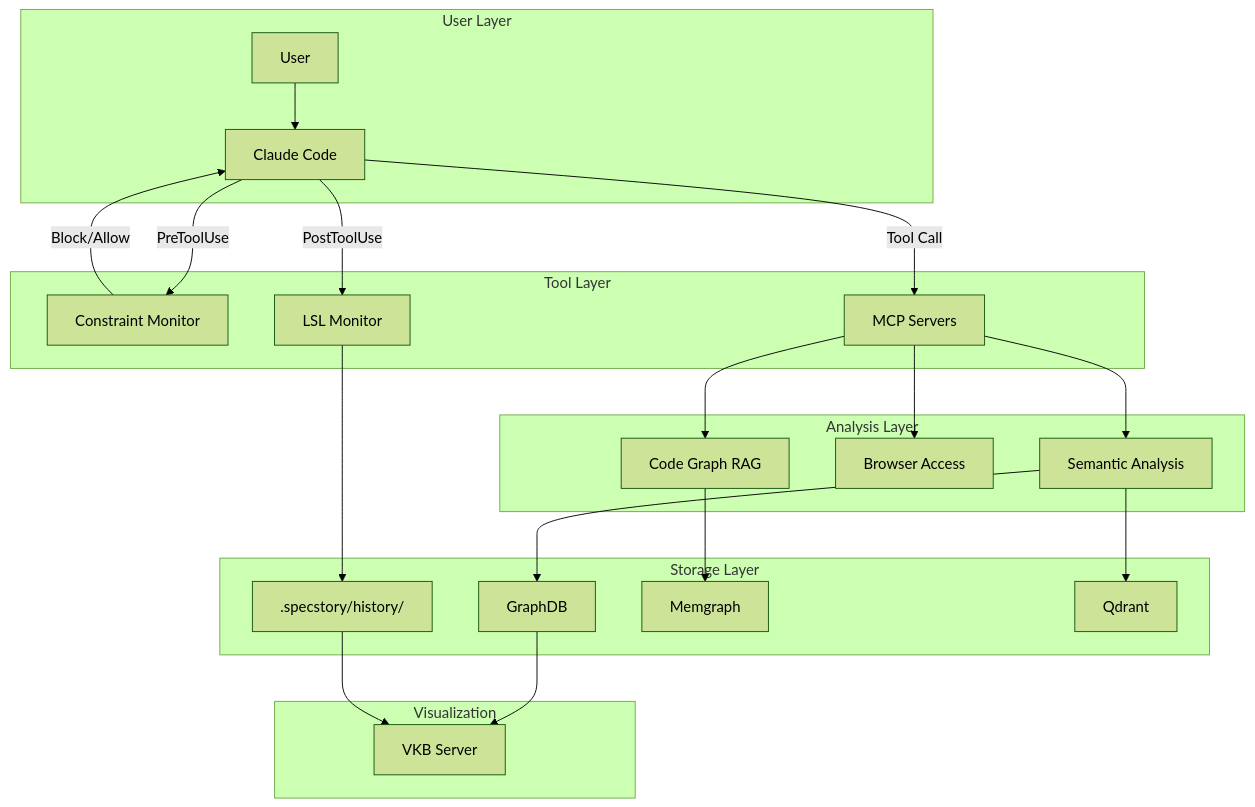
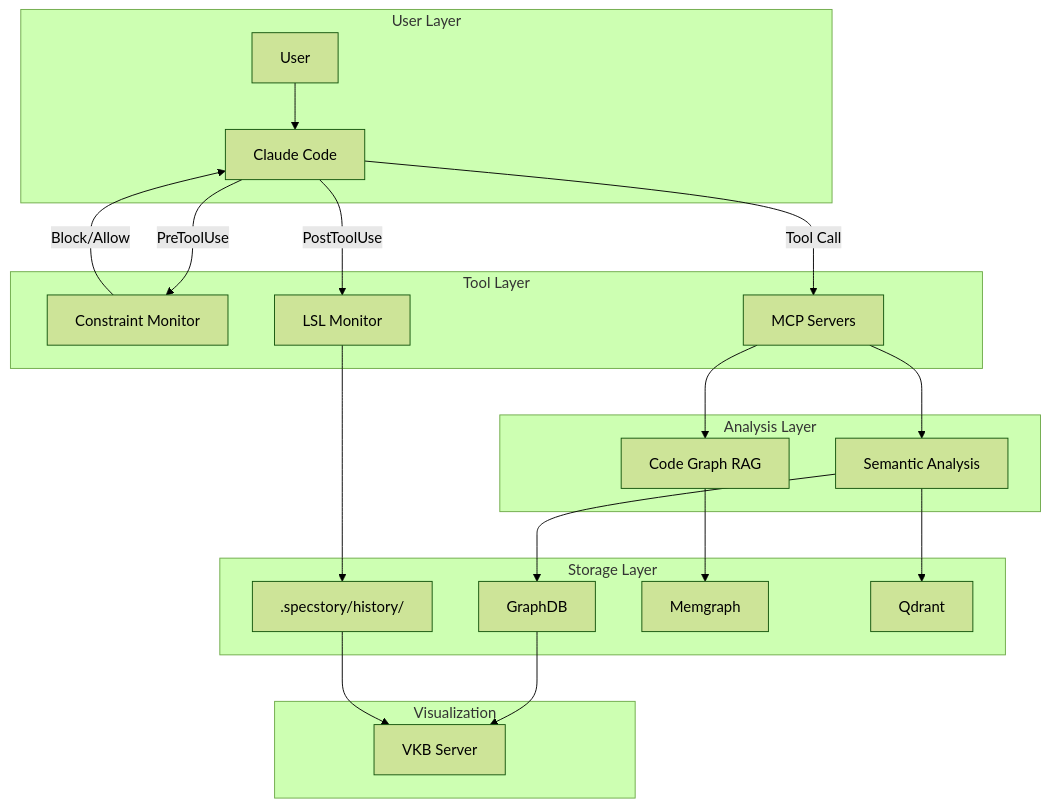
One commit to fwornle/coding changed the first of 2 diagrams in docs-content/architecture/data-flow.md. Above: the diagram before and after it, drawn with Mermaid (forest theme). The commit also changed 79 other files, not shown here.

First line of the commit message:
chore: remove serena, browser-access, shadcn, mcp-server-browserbase, and API quota tracking

````diff
--- a/docs-content/architecture/data-flow.md
+++ b/docs-content/architecture/data-flow.md
@@ -9,31 +9,30 @@
 ```mermaid
 flowchart TB
     subgraph "User Layer"
         U[User] --> CC[Claude Code]
     end
 
     subgraph "Tool Layer"
         CC -->|PreToolUse| CM[Constraint Monitor]
         CM -->|Block/Allow| CC
         CC -->|Tool Call| MCP[MCP Servers]
         CC -->|PostToolUse| LSL[LSL Monitor]
     end
 
     subgraph "Analysis Layer"
         MCP --> SA[Semantic Analysis]
-        MCP --> BA[Browser Access]
         MCP --> CGR[Code Graph RAG]
     end
 
     subgraph "Storage Layer"
         LSL --> FS[.specstory/history/]
         SA --> GDB[GraphDB]
         CGR --> MG[Memgraph]
         SA --> QD[Qdrant]
     end
 
     subgraph "Visualization"
         GDB --> VKB[VKB Server]
         FS --> VKB
     end
 ```
````
